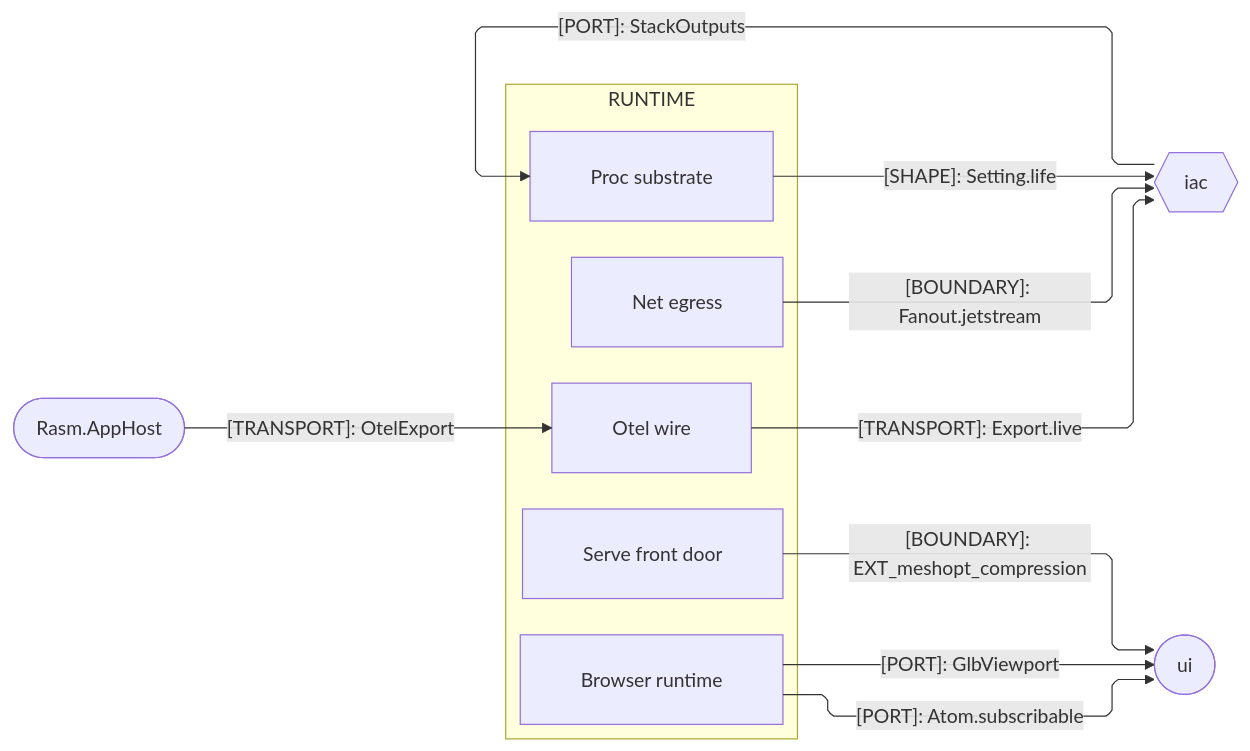
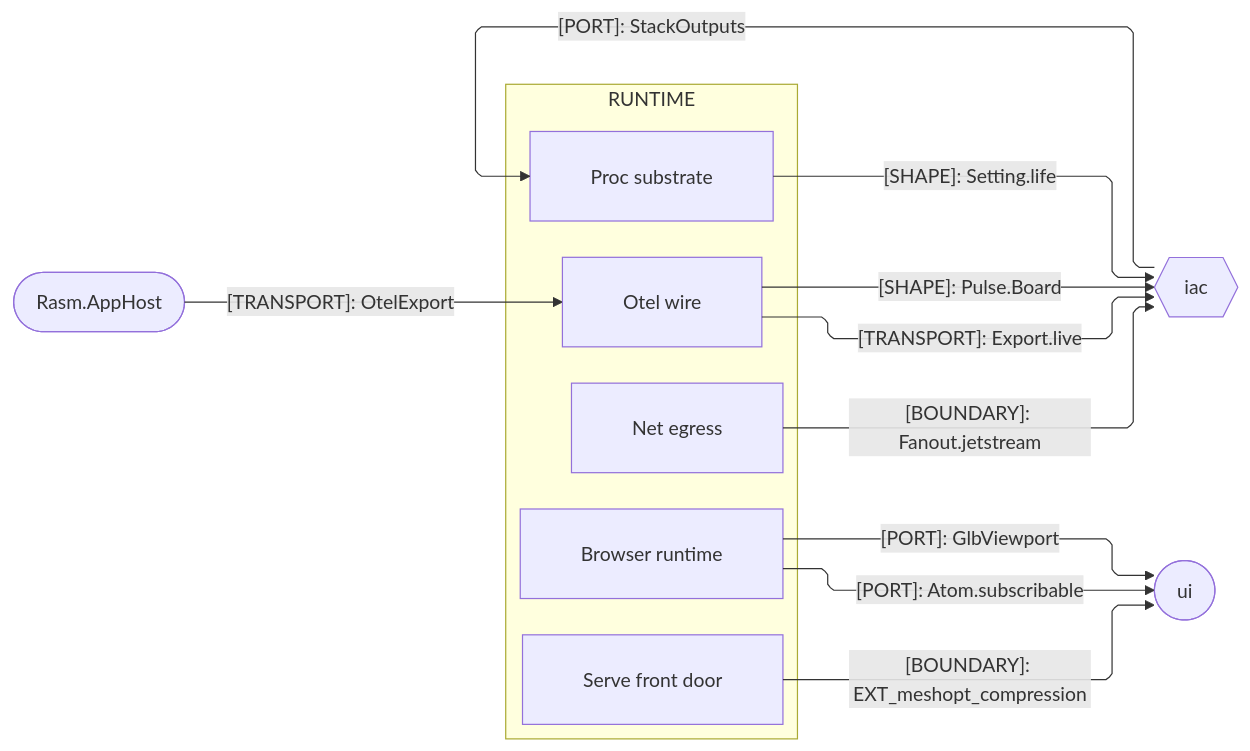
The third of 3 diagrams in libs/typescript/runtime/ARCHITECTURE.md (bsamiee/Rasm), drawn with Mermaid before and after one commit. The commit also changed other lines of this file and 195 other files, not shown here.

````diff
--- a/libs/typescript/runtime/ARCHITECTURE.md
+++ b/libs/typescript/runtime/ARCHITECTURE.md
@@ -148,30 +149,31 @@
 ```mermaid
 ---
 config:
   layout: elk
   flowchart:
     curve: linear
     padding: 25
 ---
 flowchart LR
     accTitle: Runtime platform and cross-runtime seam registry
     accDescr: Runtime sub-domain owners exchanging settings, stack outputs, transcoder assets, subscribable planes, and OTLP telemetry with the iac and ui TypeScript peers and the Rasm.AppHost cross-runtime host, one edge per contract family mirrored at each counterpart.
     subgraph runtime[RUNTIME]
         Otel[Otel wire]
         Proc[Proc substrate]
         Net[Net egress]
         Serve[Serve front door]
         Browser[Browser runtime]
     end
     AppHost([Rasm.AppHost])
     Iac{{iac}}
     Ui([ui])
     AppHost e1@-->|"[TRANSPORT]: OtelExport"| Otel
     Proc e2@-->|"[SHAPE]: Setting.life"| Iac
     Net e3@-->|"[BOUNDARY]: Fanout.jetstream"| Iac
     Iac e4@-->|"[PORT]: StackOutputs"| Proc
     Serve e5@-->|"[BOUNDARY]: EXT_meshopt_compression"| Ui
     Browser e6@-->|"[PORT]: Atom.subscribable"| Ui
     Browser e7@-->|"[PORT]: GlbViewport"| Ui
     Otel e8@-->|"[TRANSPORT]: Export.live"| Iac
+    Otel e9@-->|"[SHAPE]: Pulse.Board"| Iac
 ```
````
